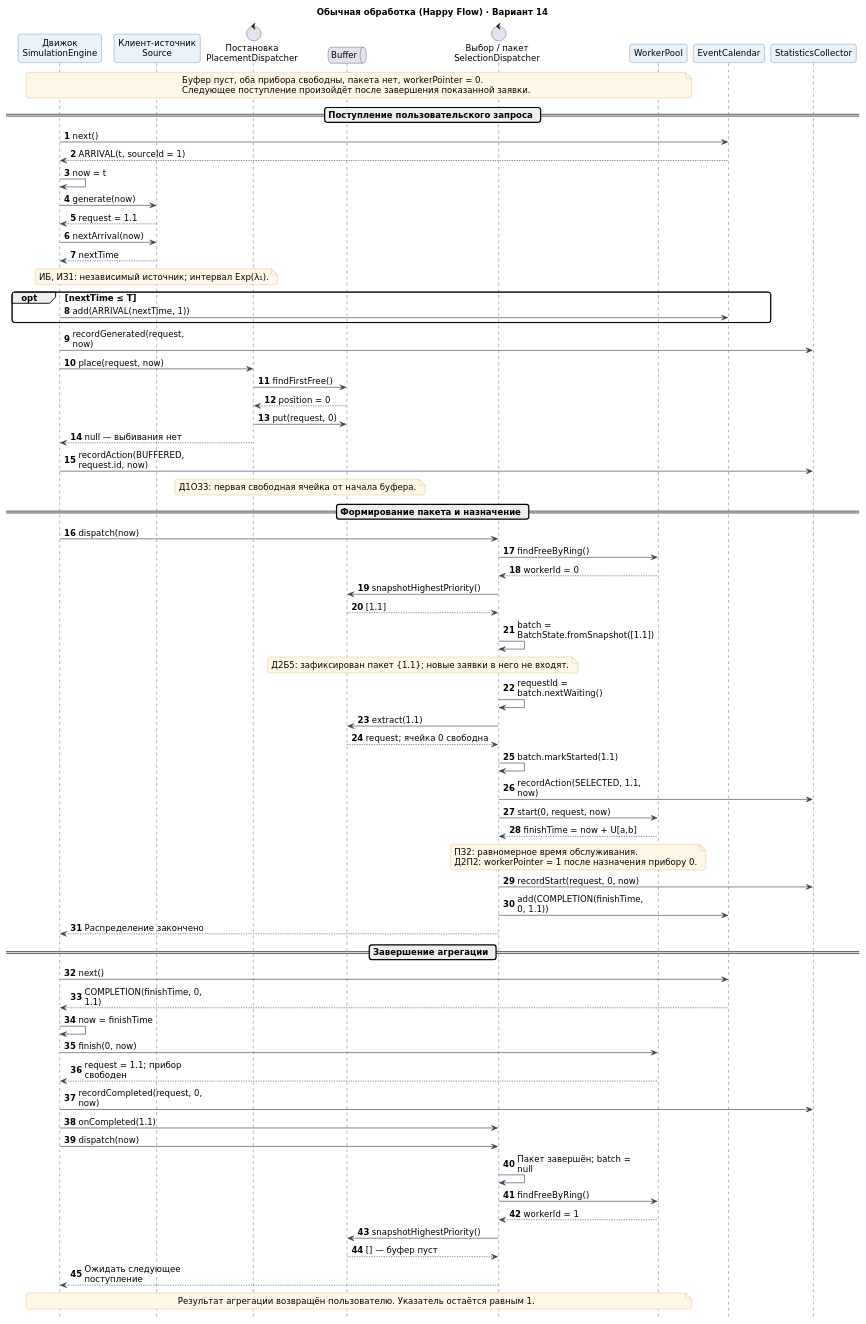
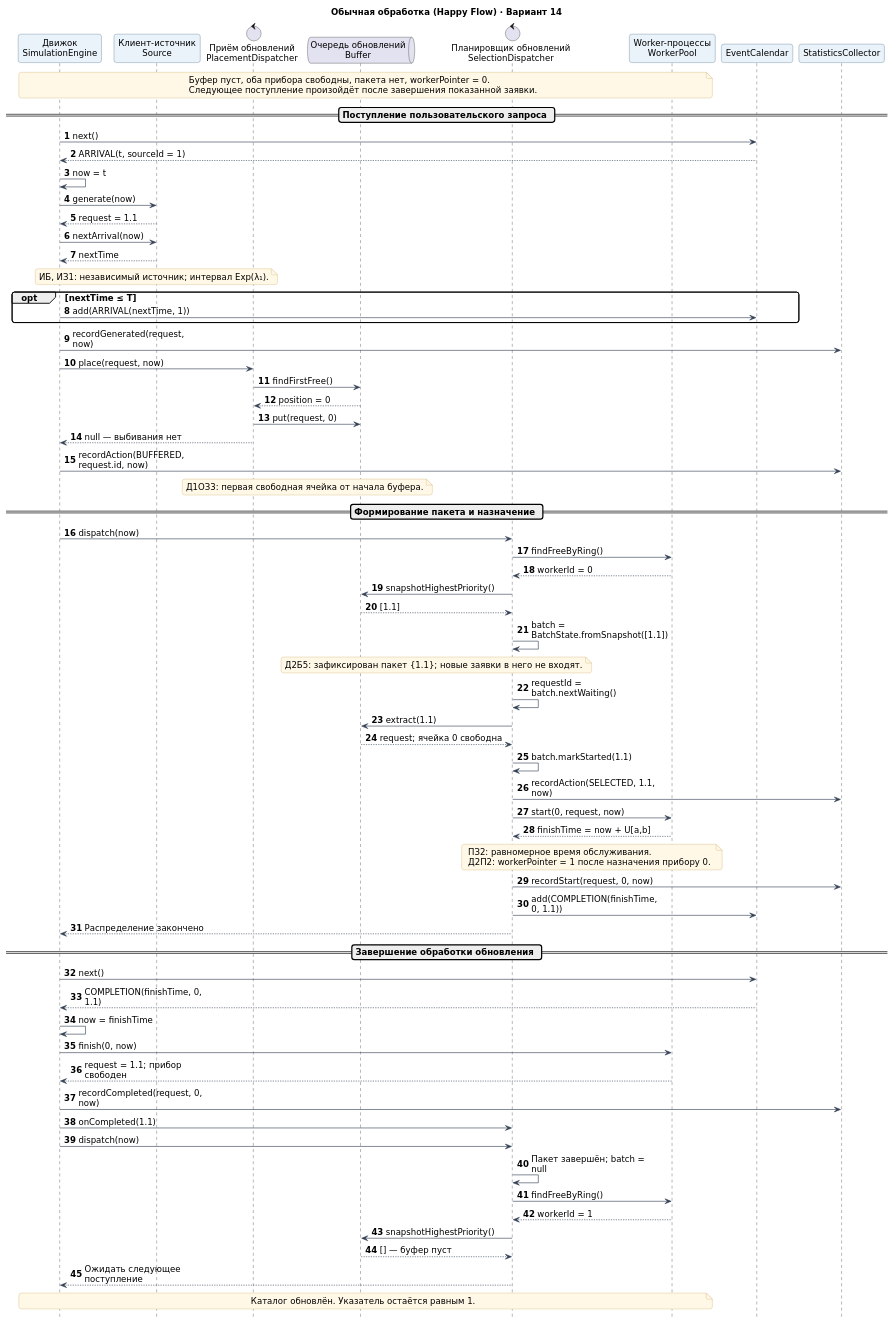
One commit to Danya-byte/learn-aps changed the diagram in docs/diagrams/sequence/happy-flow.puml. Above: the diagram before and after it, drawn with PlantUML. The commit also changed 61 other files, not shown here.

```diff
--- a/docs/diagrams/sequence/happy-flow.puml
+++ b/docs/diagrams/sequence/happy-flow.puml
@@ -1,99 +1,99 @@
 @startuml
 skinparam defaultFontName DejaVu Sans
 skinparam defaultFontSize 14
 skinparam backgroundColor White
 skinparam shadowing false
 skinparam ArrowColor #334155
 skinparam LineColor #334155
 skinparam roundcorner 8
 skinparam NoteBackgroundColor #FFF8E7
 skinparam NoteBorderColor #C9A75A
 skinparam ParticipantBackgroundColor #EAF2FA
 skinparam ParticipantBorderColor #3C6382
 skinparam classBackgroundColor #F4F8FC
 skinparam classBorderColor #3C6382
 skinparam activityBackgroundColor #F4F8FC
 skinparam activityBorderColor #3C6382
 skinparam activityDiamondBackgroundColor #FFF8E7
 skinparam activityDiamondBorderColor #C9A75A
 skinparam swimlaneTitleBackgroundColor #EAF2FA
 skinparam swimlaneBorderColor #94A3B8
 skinparam maxMessageSize 90
 hide footbox
 skinparam maxMessageSize 210
 autonumber
 title Обычная обработка (Happy Flow) · Вариант 14
 
 participant "Движок\nSimulationEngine" as E
 participant "Клиент-источник\nSource" as S
-control "Постановка\nPlacementDispatcher" as P
-queue "Buffer" as B
-control "Выбор / пакет\nSelectionDispatcher" as D
-participant "WorkerPool" as W
+control "Приём обновлений\nPlacementDispatcher" as P
+queue "Очередь обновлений\nBuffer" as B
+control "Планировщик обновлений\nSelectionDispatcher" as D
+participant "Worker-процессы\nWorkerPool" as W
 participant "EventCalendar" as C
 participant "StatisticsCollector" as ST
 
 note over E,W
 Буфер пуст, оба прибора свободны, пакета нет, workerPointer = 0.
 Следующее поступление произойдёт после завершения показанной заявки.
 end note
 == Поступление пользовательского запроса ==
 E -> C: next()
 C --> E: ARRIVAL(t, sourceId = 1)
 E -> E: now = t
 E -> S: generate(now)
 S --> E: request = 1.1
 E -> S: nextArrival(now)
 S --> E: nextTime
 note over S: ИБ, ИЗ1: независимый источник; интервал Exp(λ₁).
 opt nextTime ≤ T
  E -> C: add(ARRIVAL(nextTime, 1))
 end
 E -> ST: recordGenerated(request, now)
 E -> P: place(request, now)
 P -> B: findFirstFree()
 B --> P: position = 0
 P -> B: put(request, 0)
 P --> E: null — выбивания нет
 E -> ST: recordAction(BUFFERED, request.id, now)
 note over P,B: Д1ОЗ3: первая свободная ячейка от начала буфера.
 == Формирование пакета и назначение ==
 E -> D: dispatch(now)
 D -> W: findFreeByRing()
 W --> D: workerId = 0
 D -> B: snapshotHighestPriority()
 B --> D: [1.1]
 D -> D: batch = BatchState.fromSnapshot([1.1])
 note over B,D: Д2Б5: зафиксирован пакет {1.1}; новые заявки в него не входят.
 D -> D: requestId = batch.nextWaiting()
 D -> B: extract(1.1)
 B --> D: request; ячейка 0 свободна
 D -> D: batch.markStarted(1.1)
 D -> ST: recordAction(SELECTED, 1.1, now)
 D -> W: start(0, request, now)
 W --> D: finishTime = now + U[a,b]
 note over D,W
 ПЗ2: равномерное время обслуживания.
 Д2П2: workerPointer = 1 после назначения прибору 0.
 end note
 D -> ST: recordStart(request, 0, now)
 D -> C: add(COMPLETION(finishTime, 0, 1.1))
 D --> E: Распределение закончено
-== Завершение агрегации ==
+== Завершение обработки обновления ==
 E -> C: next()
 C --> E: COMPLETION(finishTime, 0, 1.1)
 E -> E: now = finishTime
 E -> W: finish(0, now)
 W --> E: request = 1.1; прибор свободен
 E -> ST: recordCompleted(request, 0, now)
 E -> D: onCompleted(1.1)
 E -> D: dispatch(now)
 D -> D: Пакет завершён; batch = null
 D -> W: findFreeByRing()
 W --> D: workerId = 1
 D -> B: snapshotHighestPriority()
 B --> D: [] — буфер пуст
 D --> E: Ожидать следующее поступление
-note over E,W: Результат агрегации возвращён пользователю. Указатель остаётся равным 1.
+note over E,W: Каталог обновлён. Указатель остаётся равным 1.
 
 @enduml
```
